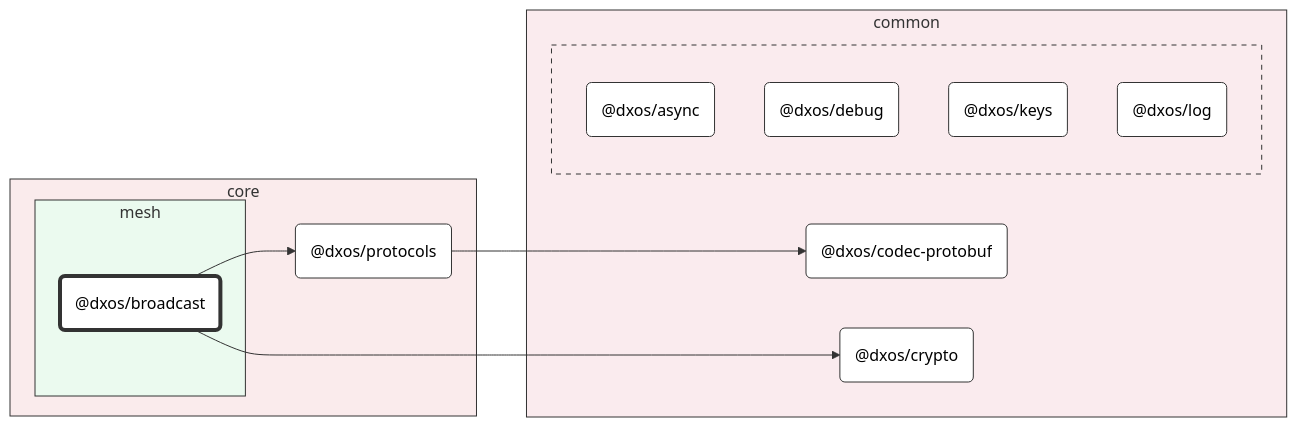
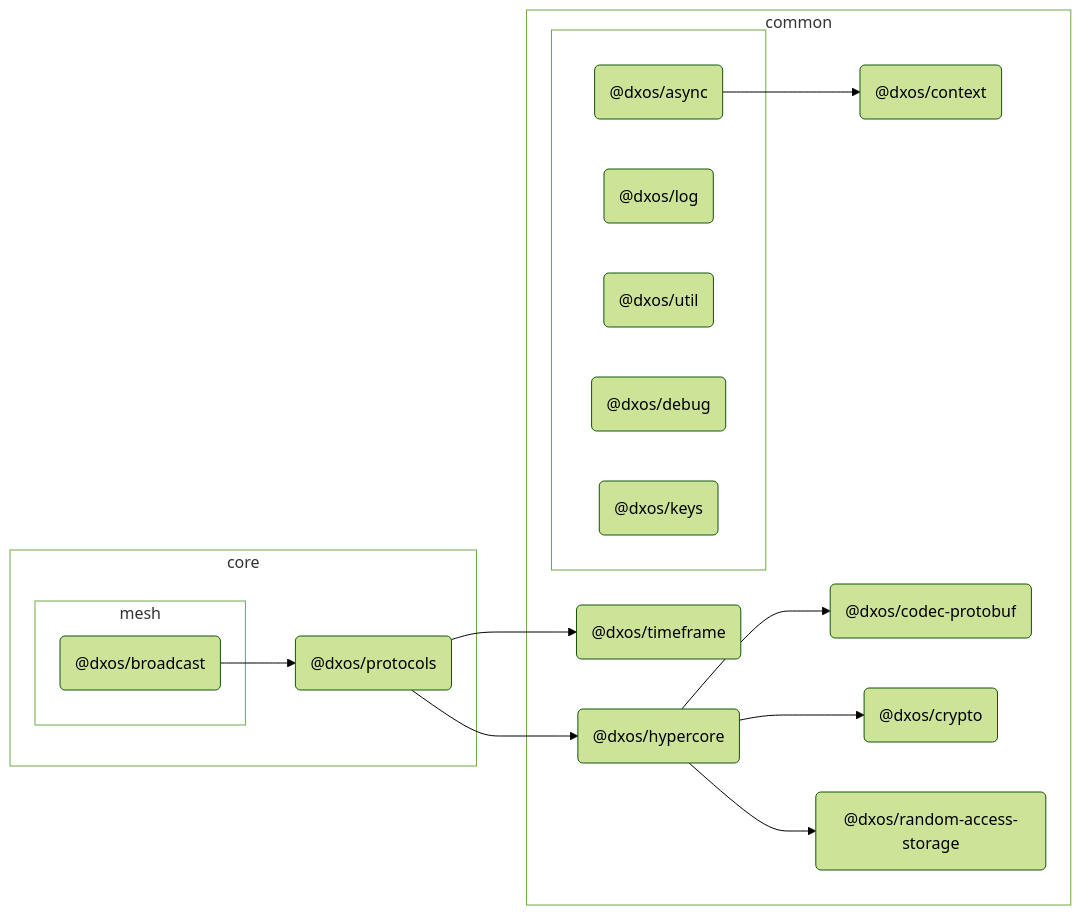
One commit to dxos/dxos changed the diagram in packages/core/mesh/broadcast/docs/README.md. Above: the diagram before and after it, drawn with Mermaid (forest theme). The commit also changed other lines of this file and 127 other files, not shown here.

````diff
--- a/packages/core/mesh/broadcast/docs/README.md
+++ b/packages/core/mesh/broadcast/docs/README.md
@@ -7,49 +7,62 @@
 ```mermaid
 %%{ init: {'flowchart':{'curve':'basis'}} }%%
 
 flowchart LR
 
 %% Classes
-classDef def fill:#fff,stroke:#333,stroke-width:1px
-classDef root fill:#fff,stroke:#333,stroke-width:4px
+
+
 
 %% Nodes
 
 subgraph core [core]
-  style core fill:#faebec,stroke:#333
+  style core fill:transparent
   dxos/protocols("@dxos/protocols"):::def
   click dxos/protocols "dxos/dxos/tree/main/packages/core/protocols/docs"
 
   subgraph mesh [mesh]
-    style mesh fill:#ebfaef,stroke:#333
+    style mesh fill:transparent
     dxos/broadcast("@dxos/broadcast"):::root
     click dxos/broadcast "dxos/dxos/tree/main/packages/core/mesh/broadcast/docs"
   end
 end
 
 subgraph common [common]
-  style common fill:#faebee,stroke:#333
+  style common fill:transparent
+  dxos/context("@dxos/context"):::def
+  click dxos/context "dxos/dxos/tree/main/packages/common/context/docs"
   dxos/codec-protobuf("@dxos/codec-protobuf"):::def
   click dxos/codec-protobuf "dxos/dxos/tree/main/packages/common/codec-protobuf/docs"
   dxos/crypto("@dxos/crypto"):::def
   click dxos/crypto "dxos/dxos/tree/main/packages/common/crypto/docs"
+  dxos/hypercore("@dxos/hypercore"):::def
+  click dxos/hypercore "dxos/dxos/tree/main/packages/common/hypercore/docs"
+  dxos/random-access-storage("@dxos/random-access-storage"):::def
+  click dxos/random-access-storage "dxos/dxos/tree/main/packages/common/random-access-storage/docs"
+  dxos/timeframe("@dxos/timeframe"):::def
+  click dxos/timeframe "dxos/dxos/tree/main/packages/common/timeframe/docs"
 
   subgraph _ [ ]
-    style _ fill:#faebee,stroke:#333,stroke-dasharray:5 5
+    style _ fill:transparent
     dxos/async("@dxos/async"):::def
     click dxos/async "dxos/dxos/tree/main/packages/common/async/docs"
+    dxos/log("@dxos/log"):::def
+    click dxos/log "dxos/dxos/tree/main/packages/common/log/docs"
+    dxos/util("@dxos/util"):::def
+    click dxos/util "dxos/dxos/tree/main/packages/common/util/docs"
     dxos/debug("@dxos/debug"):::def
     click dxos/debug "dxos/dxos/tree/main/packages/common/debug/docs"
     dxos/keys("@dxos/keys"):::def
     click dxos/keys "dxos/dxos/tree/main/packages/common/keys/docs"
-    dxos/log("@dxos/log"):::def
-    click dxos/log "dxos/dxos/tree/main/packages/common/log/docs"
   end
 end
 
 %% Links
-linkStyle default stroke:#333,stroke-width:1px
-dxos/broadcast --> dxos/crypto
+dxos/async --> dxos/context
 dxos/broadcast --> dxos/protocols
-dxos/protocols --> dxos/codec-protobuf
+dxos/protocols --> dxos/hypercore
+dxos/hypercore --> dxos/codec-protobuf
+dxos/hypercore --> dxos/crypto
+dxos/hypercore --> dxos/random-access-storage
+dxos/protocols --> dxos/timeframe
 ```
````
